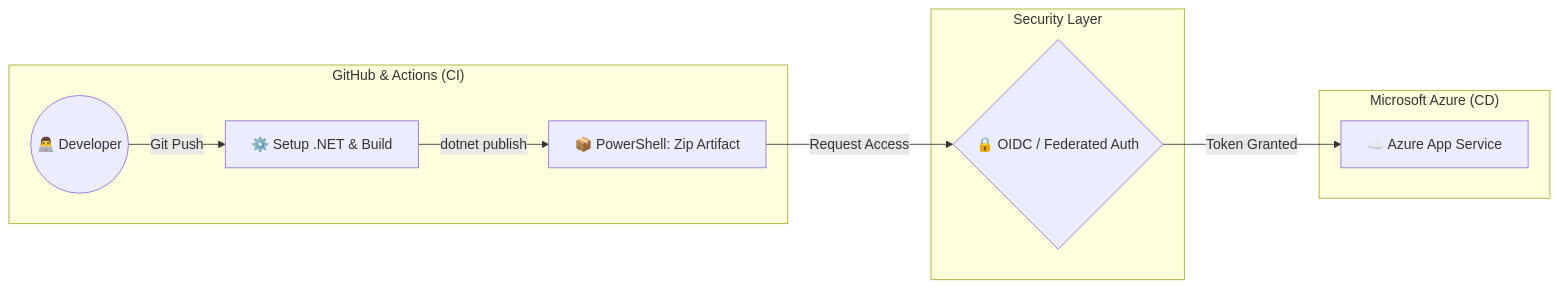
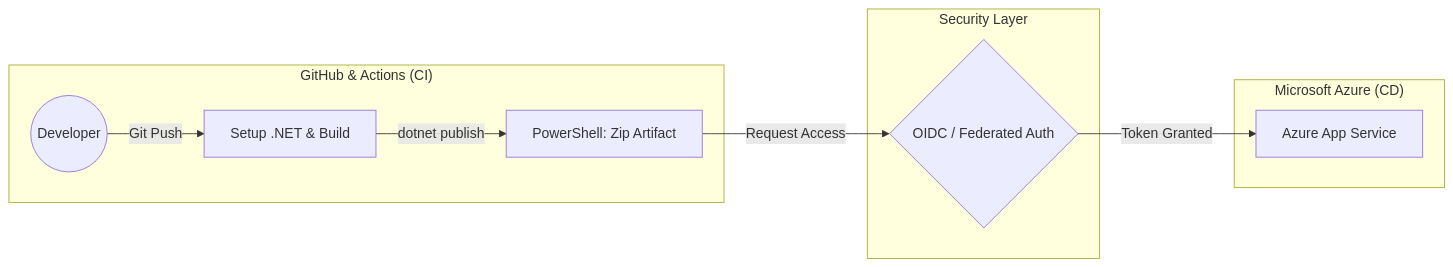
Before and after one commit to baysix28/azure-cicd-pipeline-architecture: the diagram in README.md, drawn with Mermaid.

Commit message:
Fix formatting in mermaid diagram
Updated mermaid diagram formatting in README.md.

````diff
--- a/README.md
+++ b/README.md
@@ -15,15 +15,15 @@
 ```mermaid
 graph LR
     subgraph GitHub ["GitHub & Actions (CI)"]
-        A((👨‍💻 Developer)) -->|Git Push| B[⚙️ Setup .NET & Build]
-        B -->|dotnet publish| C[📦 PowerShell: Zip Artifact]
+        A(( Developer)) -->|Git Push| B[ Setup .NET & Build]
+        B -->|dotnet publish| C[ PowerShell: Zip Artifact]
     end
 
     subgraph Authentication ["Security Layer"]
-        C -->|Request Access| D{🔒 OIDC / Federated Auth}
+        C -->|Request Access| D{ OIDC / Federated Auth}
     end
 
     subgraph Azure ["Microsoft Azure (CD)"]
-        D -->|Token Granted| E[☁️ Azure App Service]
+        D -->|Token Granted| E[ Azure App Service]
     end
 ```
````
